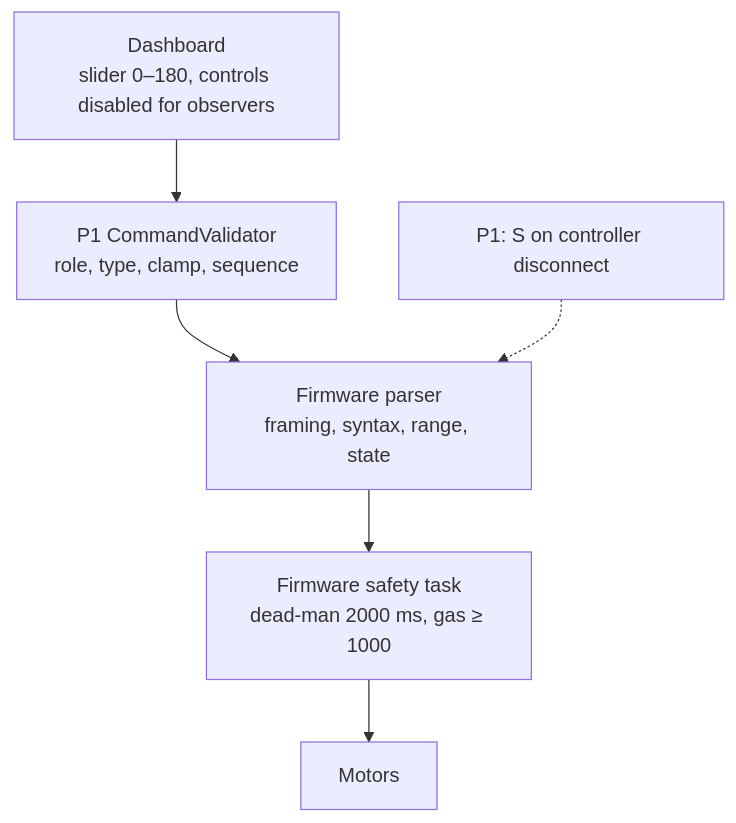
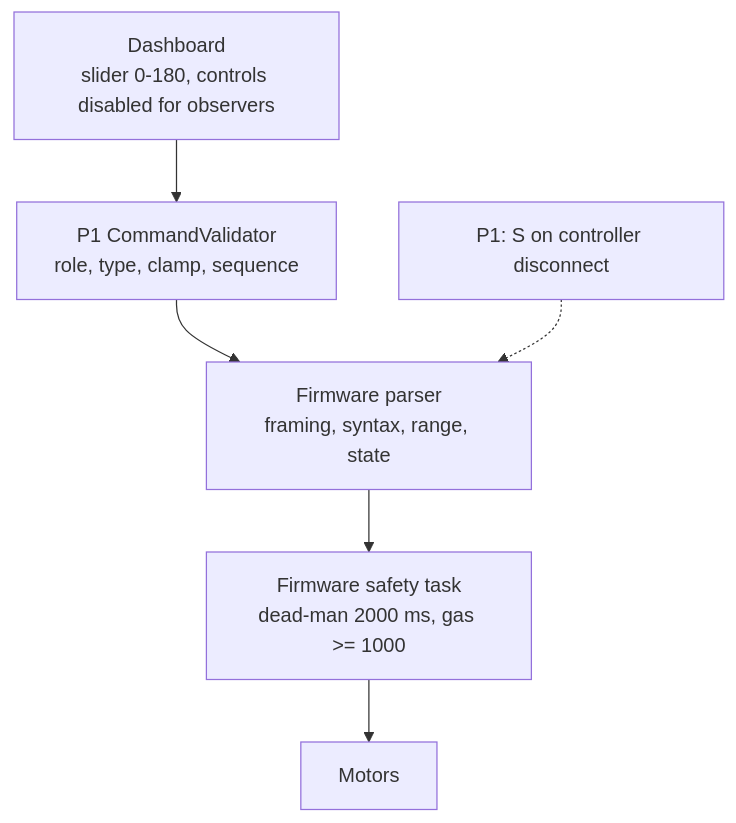
One commit to baiust999/robort-code-from-pi changed the eighth of 27 diagrams in research paper/section4_methodology.md. Above: the diagram before and after it, drawn with Mermaid. The commit also changed other lines of this file and 4 other files, not shown here.

````diff
--- a/research paper/section4_methodology.md
+++ b/research paper/section4_methodology.md
@@ -251,9 +251,9 @@
 ```mermaid
 flowchart TB
-  L1["Dashboard<br/>slider 0–180, controls disabled for observers"]
+  L1["Dashboard<br/>slider 0-180, controls disabled for observers"]
   L2["P1 CommandValidator<br/>role, type, clamp, sequence"]
   L3["Firmware parser<br/>framing, syntax, range, state"]
-  L4["Firmware safety task<br/>dead-man 2000 ms, gas ≥ 1000"]
+  L4["Firmware safety task<br/>dead-man 2000 ms, gas >= 1000"]
   L1 --> L2 --> L3 --> L4 --> MOT["Motors"]
   X["P1: S on controller disconnect"] -.-> L3
 ```
````
